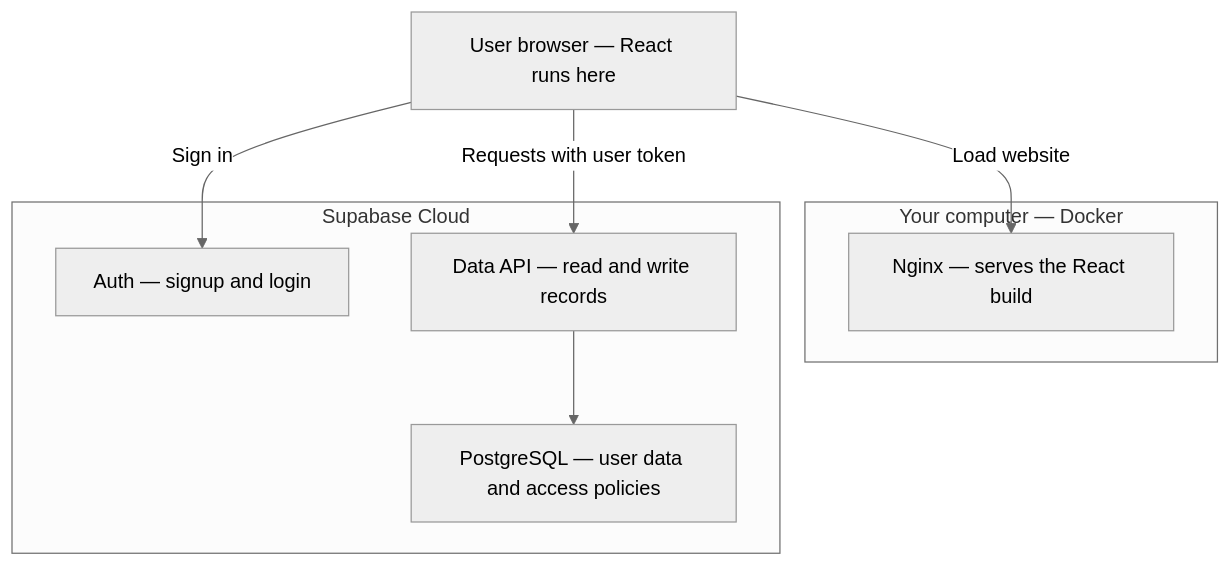
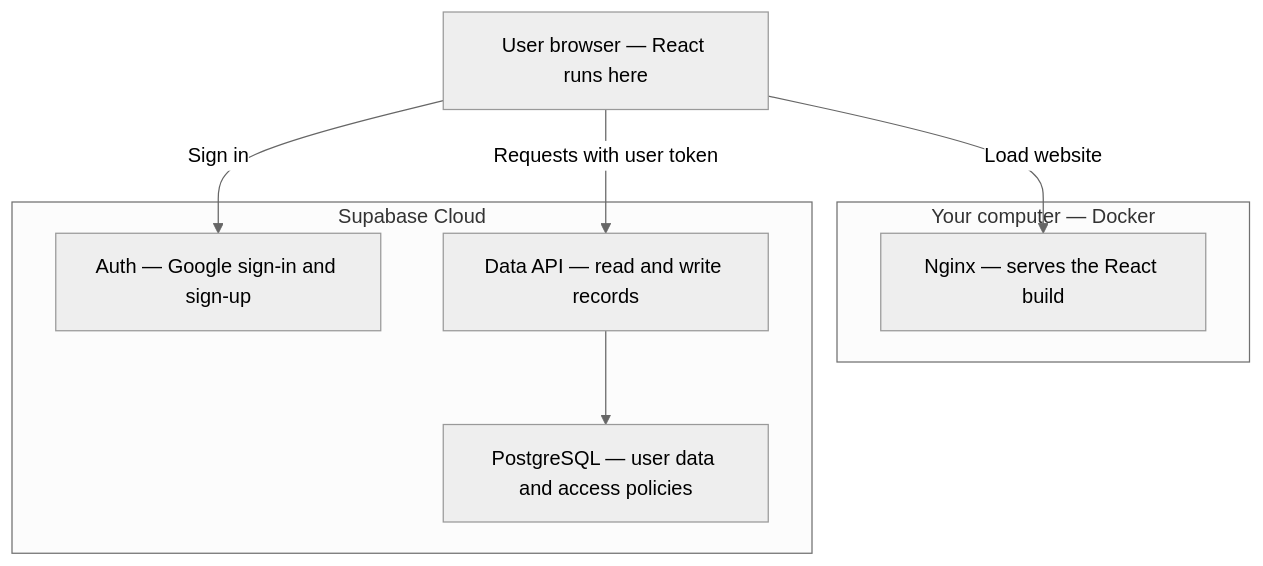
The diagram in architecture.md (GalaxyKickLock77/Tricore), drawn with Mermaid (neutral theme) before and after one commit. The commit also changed other lines of this file and 4 other files, not shown here.

Commit message:
Switch to Google-only sign in and sign up

````diff
--- a/architecture.md
+++ b/architecture.md
@@ -3,19 +3,19 @@
 ```mermaid
 flowchart TD
     Browser["User browser — React runs here"]
 
     subgraph Local["Your computer — Docker"]
         Web["Nginx — serves the React build"]
     end
 
     subgraph Cloud["Supabase Cloud"]
-        Auth["Auth — signup and login"]
+        Auth["Auth — Google sign-in and sign-up"]
         API["Data API — read and write records"]
         DB["PostgreSQL — user data and access policies"]
     end
 
     Browser -->|"Load website"| Web
     Browser -->|"Sign in"| Auth
     Browser -->|"Requests with user token"| API
     API --> DB
 ```
````
